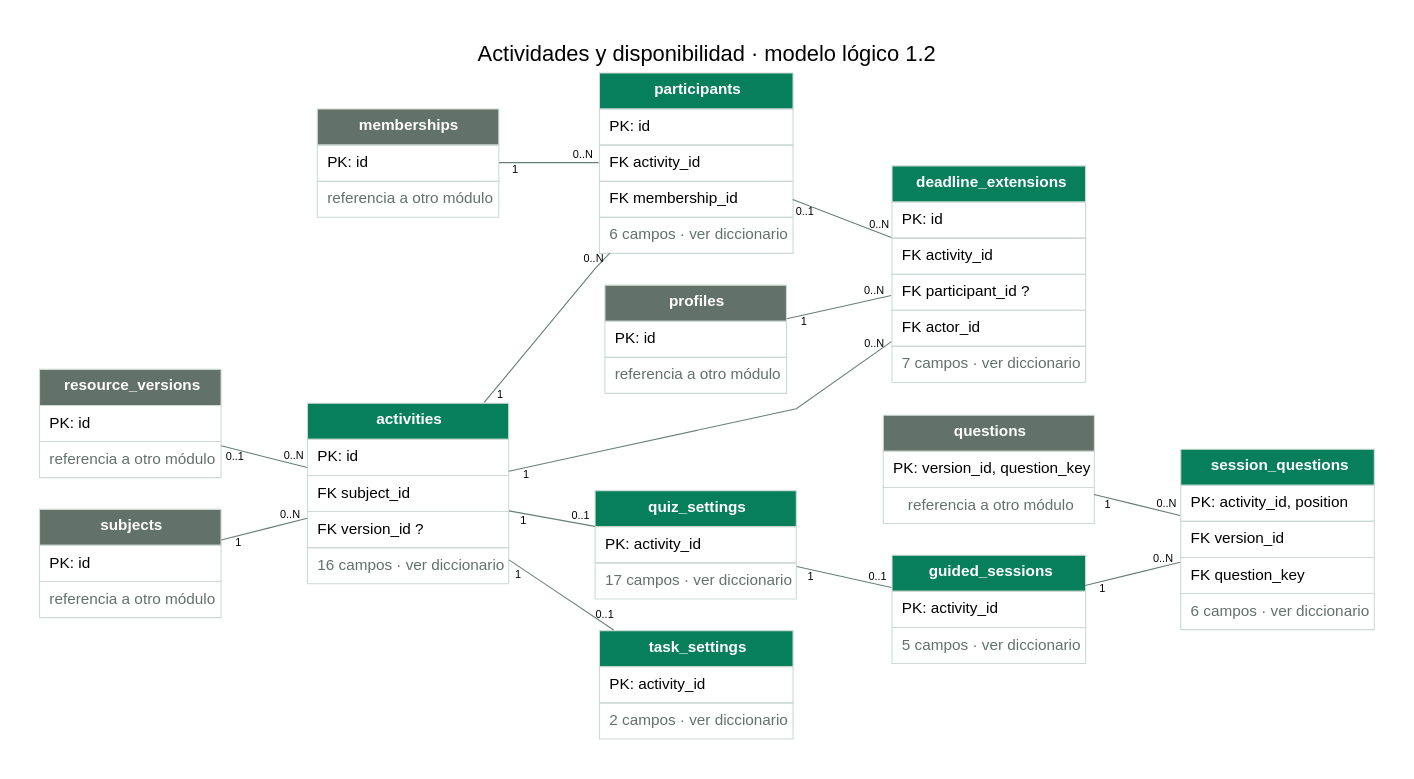
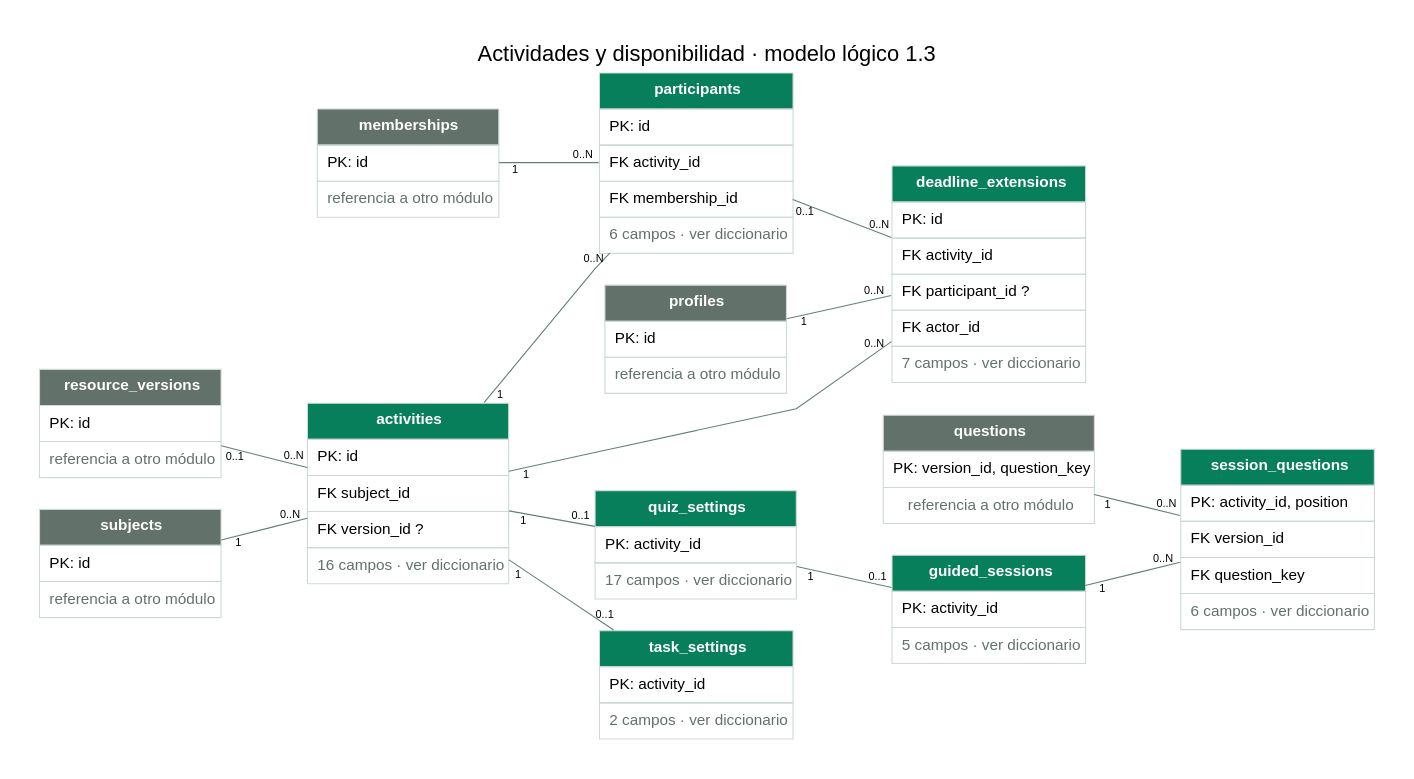
One commit to CubeFreaKLab/aulify changed the diagram in docs/modelado/diagramas/03-actividades.dot. Above: the diagram before and after it, drawn with Graphviz. The commit also changed 42 other files, not shown here.

```diff
--- a/docs/modelado/diagramas/03-actividades.dot
+++ b/docs/modelado/diagramas/03-actividades.dot
@@ -1,29 +1,29 @@
 digraph modelo {
-graph [rankdir=LR, bgcolor="#ffffff", pad=0.4, nodesep=0.4, ranksep=1.1, splines=polyline, fontname="Arial", fontsize=20, labelloc=t, label="Actividades y disponibilidad · modelo lógico 1.2"];
+graph [rankdir=LR, bgcolor="#ffffff", pad=0.4, nodesep=0.4, ranksep=1.1, splines=polyline, fontname="Arial", fontsize=20, labelloc=t, label="Actividades y disponibilidad · modelo lógico 1.3"];
 node [shape=plain, fontname="Arial"];
 edge [fontname="Arial", fontsize=10, color="#668076", arrowsize=0.6];
 "activities" [label=<<TABLE BORDER="0" CELLBORDER="1" CELLSPACING="0" CELLPADDING="8" COLOR="#CDDAD4"><TR><TD BGCOLOR="#087F5B"><FONT COLOR="white"><B>activities</B></FONT></TD></TR><TR><TD ALIGN="LEFT">PK: id</TD></TR><TR><TD ALIGN="LEFT">FK subject_id</TD></TR><TR><TD ALIGN="LEFT">FK version_id ?</TD></TR><TR><TD ALIGN="LEFT"><FONT COLOR="#63716B">16 campos · ver diccionario</FONT></TD></TR></TABLE>>];
 "deadline_extensions" [label=<<TABLE BORDER="0" CELLBORDER="1" CELLSPACING="0" CELLPADDING="8" COLOR="#CDDAD4"><TR><TD BGCOLOR="#087F5B"><FONT COLOR="white"><B>deadline_extensions</B></FONT></TD></TR><TR><TD ALIGN="LEFT">PK: id</TD></TR><TR><TD ALIGN="LEFT">FK activity_id</TD></TR><TR><TD ALIGN="LEFT">FK participant_id ?</TD></TR><TR><TD ALIGN="LEFT">FK actor_id</TD></TR><TR><TD ALIGN="LEFT"><FONT COLOR="#63716B">7 campos · ver diccionario</FONT></TD></TR></TABLE>>];
 "guided_sessions" [label=<<TABLE BORDER="0" CELLBORDER="1" CELLSPACING="0" CELLPADDING="8" COLOR="#CDDAD4"><TR><TD BGCOLOR="#087F5B"><FONT COLOR="white"><B>guided_sessions</B></FONT></TD></TR><TR><TD ALIGN="LEFT">PK: activity_id</TD></TR><TR><TD ALIGN="LEFT"><FONT COLOR="#63716B">5 campos · ver diccionario</FONT></TD></TR></TABLE>>];
 "memberships" [label=<<TABLE BORDER="0" CELLBORDER="1" CELLSPACING="0" CELLPADDING="8" COLOR="#CDDAD4"><TR><TD BGCOLOR="#63716B"><FONT COLOR="white"><B>memberships</B></FONT></TD></TR><TR><TD ALIGN="LEFT">PK: id</TD></TR><TR><TD><FONT COLOR="#63716B">referencia a otro módulo</FONT></TD></TR></TABLE>>];
 "participants" [label=<<TABLE BORDER="0" CELLBORDER="1" CELLSPACING="0" CELLPADDING="8" COLOR="#CDDAD4"><TR><TD BGCOLOR="#087F5B"><FONT COLOR="white"><B>participants</B></FONT></TD></TR><TR><TD ALIGN="LEFT">PK: id</TD></TR><TR><TD ALIGN="LEFT">FK activity_id</TD></TR><TR><TD ALIGN="LEFT">FK membership_id</TD></TR><TR><TD ALIGN="LEFT"><FONT COLOR="#63716B">6 campos · ver diccionario</FONT></TD></TR></TABLE>>];
 "profiles" [label=<<TABLE BORDER="0" CELLBORDER="1" CELLSPACING="0" CELLPADDING="8" COLOR="#CDDAD4"><TR><TD BGCOLOR="#63716B"><FONT COLOR="white"><B>profiles</B></FONT></TD></TR><TR><TD ALIGN="LEFT">PK: id</TD></TR><TR><TD><FONT COLOR="#63716B">referencia a otro módulo</FONT></TD></TR></TABLE>>];
 "questions" [label=<<TABLE BORDER="0" CELLBORDER="1" CELLSPACING="0" CELLPADDING="8" COLOR="#CDDAD4"><TR><TD BGCOLOR="#63716B"><FONT COLOR="white"><B>questions</B></FONT></TD></TR><TR><TD ALIGN="LEFT">PK: version_id, question_key</TD></TR><TR><TD><FONT COLOR="#63716B">referencia a otro módulo</FONT></TD></TR></TABLE>>];
 "quiz_settings" [label=<<TABLE BORDER="0" CELLBORDER="1" CELLSPACING="0" CELLPADDING="8" COLOR="#CDDAD4"><TR><TD BGCOLOR="#087F5B"><FONT COLOR="white"><B>quiz_settings</B></FONT></TD></TR><TR><TD ALIGN="LEFT">PK: activity_id</TD></TR><TR><TD ALIGN="LEFT"><FONT COLOR="#63716B">17 campos · ver diccionario</FONT></TD></TR></TABLE>>];
 "resource_versions" [label=<<TABLE BORDER="0" CELLBORDER="1" CELLSPACING="0" CELLPADDING="8" COLOR="#CDDAD4"><TR><TD BGCOLOR="#63716B"><FONT COLOR="white"><B>resource_versions</B></FONT></TD></TR><TR><TD ALIGN="LEFT">PK: id</TD></TR><TR><TD><FONT COLOR="#63716B">referencia a otro módulo</FONT></TD></TR></TABLE>>];
 "session_questions" [label=<<TABLE BORDER="0" CELLBORDER="1" CELLSPACING="0" CELLPADDING="8" COLOR="#CDDAD4"><TR><TD BGCOLOR="#087F5B"><FONT COLOR="white"><B>session_questions</B></FONT></TD></TR><TR><TD ALIGN="LEFT">PK: activity_id, position</TD></TR><TR><TD ALIGN="LEFT">FK version_id</TD></TR><TR><TD ALIGN="LEFT">FK question_key</TD></TR><TR><TD ALIGN="LEFT"><FONT COLOR="#63716B">6 campos · ver diccionario</FONT></TD></TR></TABLE>>];
 "subjects" [label=<<TABLE BORDER="0" CELLBORDER="1" CELLSPACING="0" CELLPADDING="8" COLOR="#CDDAD4"><TR><TD BGCOLOR="#63716B"><FONT COLOR="white"><B>subjects</B></FONT></TD></TR><TR><TD ALIGN="LEFT">PK: id</TD></TR><TR><TD><FONT COLOR="#63716B">referencia a otro módulo</FONT></TD></TR></TABLE>>];
 "task_settings" [label=<<TABLE BORDER="0" CELLBORDER="1" CELLSPACING="0" CELLPADDING="8" COLOR="#CDDAD4"><TR><TD BGCOLOR="#087F5B"><FONT COLOR="white"><B>task_settings</B></FONT></TD></TR><TR><TD ALIGN="LEFT">PK: activity_id</TD></TR><TR><TD ALIGN="LEFT"><FONT COLOR="#63716B">2 campos · ver diccionario</FONT></TD></TR></TABLE>>];
 "subjects" -> "activities" [dir=none, taillabel="1", headlabel="0..N", labeldistance=1.6];
 "resource_versions" -> "activities" [dir=none, taillabel="0..1", headlabel="0..N", labeldistance=1.6];
 "activities" -> "quiz_settings" [dir=none, taillabel="1", headlabel="0..1", labeldistance=1.6];
 "activities" -> "task_settings" [dir=none, taillabel="1", headlabel="0..1", labeldistance=1.6];
 "activities" -> "participants" [dir=none, taillabel="1", headlabel="0..N", labeldistance=1.6];
 "memberships" -> "participants" [dir=none, taillabel="1", headlabel="0..N", labeldistance=1.6];
 "activities" -> "deadline_extensions" [dir=none, taillabel="1", headlabel="0..N", labeldistance=1.6];
 "participants" -> "deadline_extensions" [dir=none, taillabel="0..1", headlabel="0..N", labeldistance=1.6];
 "profiles" -> "deadline_extensions" [dir=none, taillabel="1", headlabel="0..N", labeldistance=1.6];
 "quiz_settings" -> "guided_sessions" [dir=none, taillabel="1", headlabel="0..1", labeldistance=1.6];
 "guided_sessions" -> "session_questions" [dir=none, taillabel="1", headlabel="0..N", labeldistance=1.6];
 "questions" -> "session_questions" [dir=none, taillabel="1", headlabel="0..N", labeldistance=1.6];
 }
```
